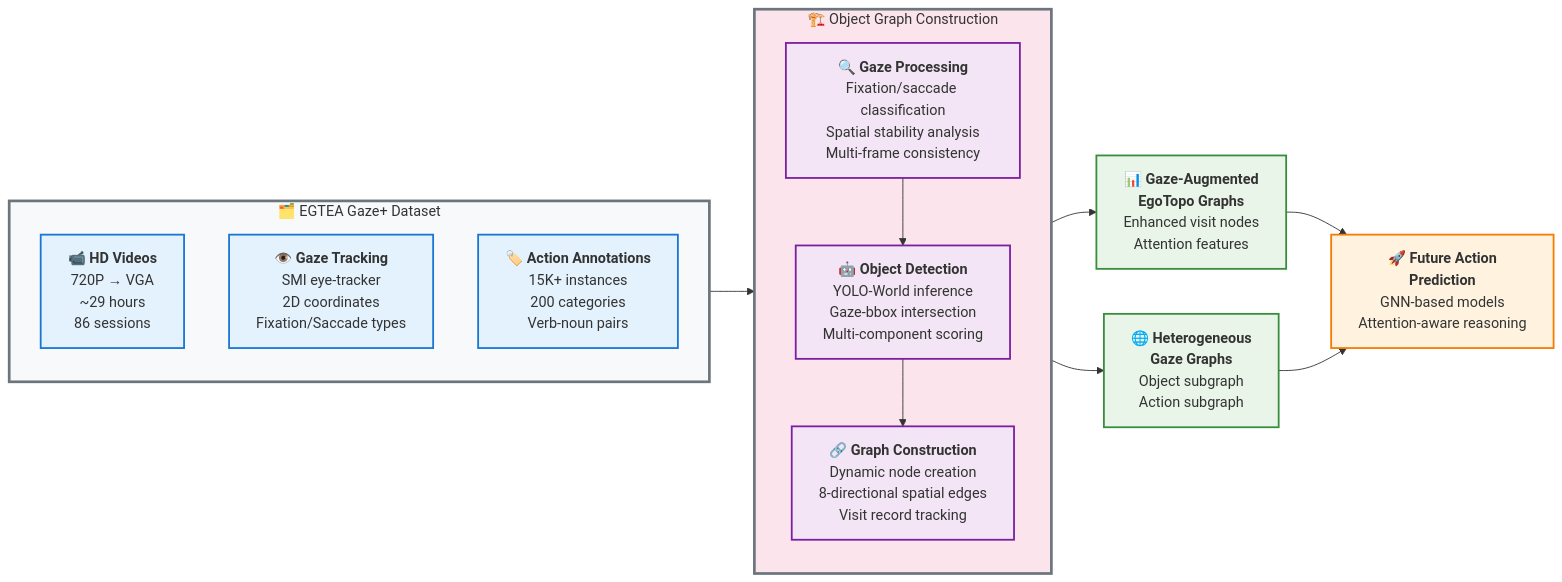
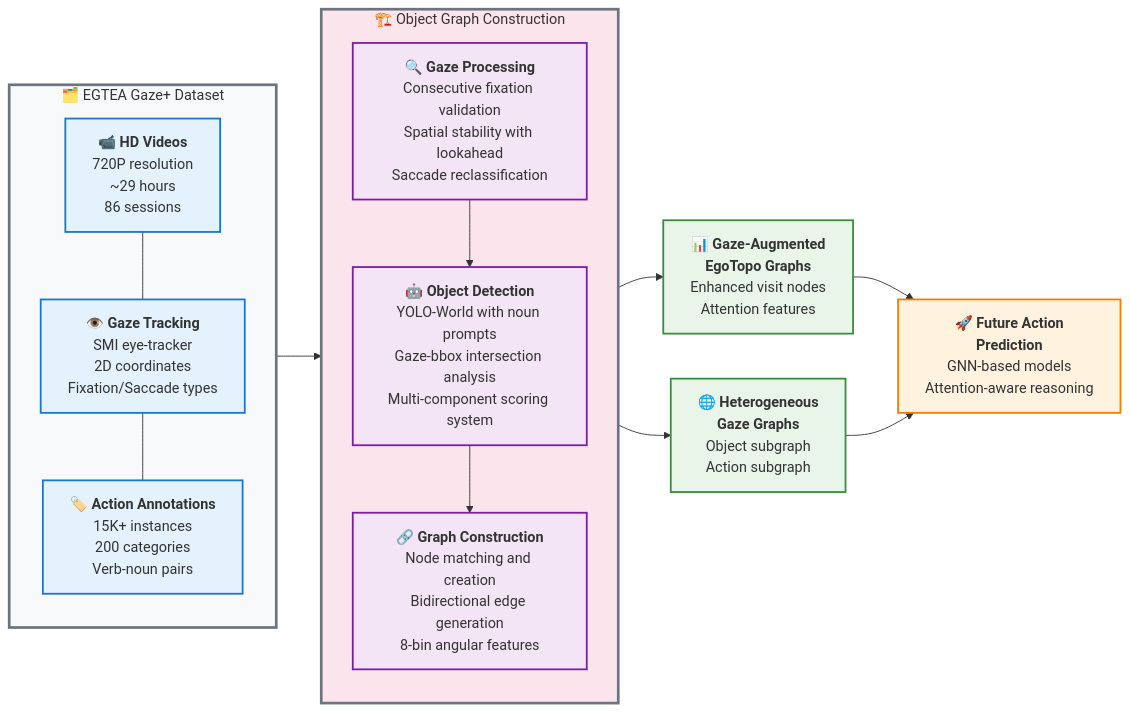
The diagram in figures/graph-construction-overview.md (tavis-siebert/gaze-guided-scene), drawn with Mermaid before and after one commit. The commit also changed other lines of this file, not shown here.

Commit message:
feat(figures): improve layout and add technical specificity
Arrange dataset nodes vertically, fix pipeline title wrapping, and add specific implementation details from gaze processing, object detection, and graph construction modules.

````diff
--- a/figures/graph-construction-overview.md
+++ b/figures/graph-construction-overview.md
@@ -5,77 +5,82 @@
 ```mermaid
 flowchart LR
     %% Dataset Container
     subgraph Dataset["🗂️ EGTEA Gaze+ Dataset"]
+        direction TB
         A["`📹 **HD Videos**
-        720P → VGA
+        720P resolution
         ~29 hours
         86 sessions`"]
         
         B["`👁️ **Gaze Tracking**
         SMI eye-tracker
         2D coordinates
         Fixation/Saccade types`"]
         
         C["`🏷️ **Action Annotations**
         15K+ instances
         200 categories
         Verb-noun pairs`"]
+        
+        A --- B
+        B --- C
     end
     
     %% Core Processing Pipeline
     subgraph Pipeline["🏗️ Object Graph Construction"]
+        direction TB
         D["`🔍 **Gaze Processing**
-        Fixation/saccade classification
-        Spatial stability analysis
-        Multi-frame consistency`"]
+        Consecutive fixation validation
+        Spatial stability with lookahead
+        Saccade reclassification`"]
         
         E["`🤖 **Object Detection**
-        YOLO-World inference
-        Gaze-bbox intersection
-        Multi-component scoring`"]
+        YOLO-World with noun prompts
+        Gaze-bbox intersection analysis
+        Multi-component scoring system`"]
         
         F["`🔗 **Graph Construction**
-        Dynamic node creation
-        8-directional spatial edges
-        Visit record tracking`"]
+        Node matching and creation
+        Bidirectional edge generation
+        8-bin angular features`"]
         
         D --> E
         E --> F
     end
     
     Dataset --> Pipeline
     
     %% Output Representations
     Pipeline --> G["`📊 **Gaze-Augmented
     EgoTopo Graphs**
     Enhanced visit nodes
     Attention features`"]
     
     Pipeline --> H["`🌐 **Heterogeneous
     Gaze Graphs**
     Object subgraph
     Action subgraph`"]
     
     %% Downstream Tasks
     G --> I["`🚀 **Future Action
     Prediction**
     GNN-based models
     Attention-aware reasoning`"]
     
     H --> I
     
     %% Styling for academic presentation
     classDef dataset fill:#f8f9fa,stroke:#6c757d,stroke-width:3px
     classDef pipeline fill:#fce4ec,stroke:#6c757d,stroke-width:3px
     classDef input fill:#e3f2fd,stroke:#1976d2,stroke-width:2px
     classDef processing fill:#f3e5f5,stroke:#7b1fa2,stroke-width:2px
     classDef output fill:#e8f5e8,stroke:#388e3c,stroke-width:2px
     classDef task fill:#fff3e0,stroke:#f57c00,stroke-width:2px
     
     class Dataset dataset
     class Pipeline pipeline
     class A,B,C input
     class D,E,F processing
     class G,H output
     class I task
 ```
````
